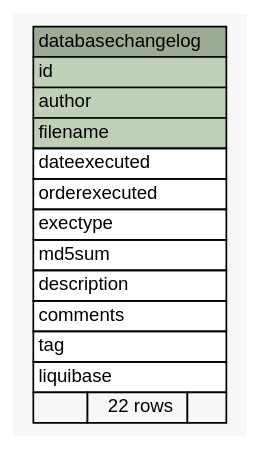
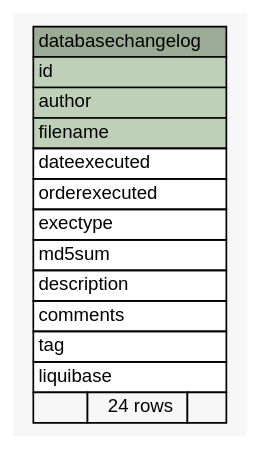
Before and after one commit to motech/ananya: the diagram in ananya-report/build/schemaspy-output/diagrams/summary/databasechangelog.1degree.dot, drawn with Graphviz. The commit also changed 69 other files, not shown here.

```diff
--- a/ananya-report/build/schemaspy-output/diagrams/summary/databasechangelog.1degree.dot
+++ b/ananya-report/build/schemaspy-output/diagrams/summary/databasechangelog.1degree.dot
@@ -1,40 +1,40 @@
 // dot 2.26.3 on Linux 2.6.38-11-generic-pae
 // SchemaSpy rev 590
 digraph "databasechangelog" {
   graph [
     rankdir="RL"
     bgcolor="#f7f7f7"
     nodesep="0.18"
     ranksep="0.46"
     fontname="Helvetica"
     fontsize="11"
   ];
   node [
     fontname="Helvetica"
     fontsize="11"
     shape="plaintext"
   ];
   edge [
     arrowsize="0.8"
   ];
   "databasechangelog" [
     label=<
     <TABLE BORDER="0" CELLBORDER="1" CELLSPACING="0" BGCOLOR="#ffffff">
       <TR><TD COLSPAN="3" BGCOLOR="#9bab96" ALIGN="CENTER">databasechangelog</TD></TR>
       <TR><TD PORT="id" COLSPAN="3" BGCOLOR="#bed1b8" ALIGN="LEFT">id</TD></TR>
       <TR><TD PORT="author" COLSPAN="3" BGCOLOR="#bed1b8" ALIGN="LEFT">author</TD></TR>
       <TR><TD PORT="filename" COLSPAN="3" BGCOLOR="#bed1b8" ALIGN="LEFT">filename</TD></TR>
       <TR><TD PORT="dateexecuted" COLSPAN="3" ALIGN="LEFT">dateexecuted</TD></TR>
       <TR><TD PORT="orderexecuted" COLSPAN="3" ALIGN="LEFT">orderexecuted</TD></TR>
       <TR><TD PORT="exectype" COLSPAN="3" ALIGN="LEFT">exectype</TD></TR>
       <TR><TD PORT="md5sum" COLSPAN="3" ALIGN="LEFT">md5sum</TD></TR>
       <TR><TD PORT="description" COLSPAN="3" ALIGN="LEFT">description</TD></TR>
       <TR><TD PORT="comments" COLSPAN="3" ALIGN="LEFT">comments</TD></TR>
       <TR><TD PORT="tag" COLSPAN="3" ALIGN="LEFT">tag</TD></TR>
       <TR><TD PORT="liquibase" COLSPAN="3" ALIGN="LEFT">liquibase</TD></TR>
-      <TR><TD ALIGN="LEFT" BGCOLOR="#f7f7f7">  </TD><TD ALIGN="RIGHT" BGCOLOR="#f7f7f7">22 rows</TD><TD ALIGN="RIGHT" BGCOLOR="#f7f7f7">  </TD></TR>
+      <TR><TD ALIGN="LEFT" BGCOLOR="#f7f7f7">  </TD><TD ALIGN="RIGHT" BGCOLOR="#f7f7f7">24 rows</TD><TD ALIGN="RIGHT" BGCOLOR="#f7f7f7">  </TD></TR>
     </TABLE>>
     URL="tables/databasechangelog.html"
     tooltip="databasechangelog"
   ];
 }
```
